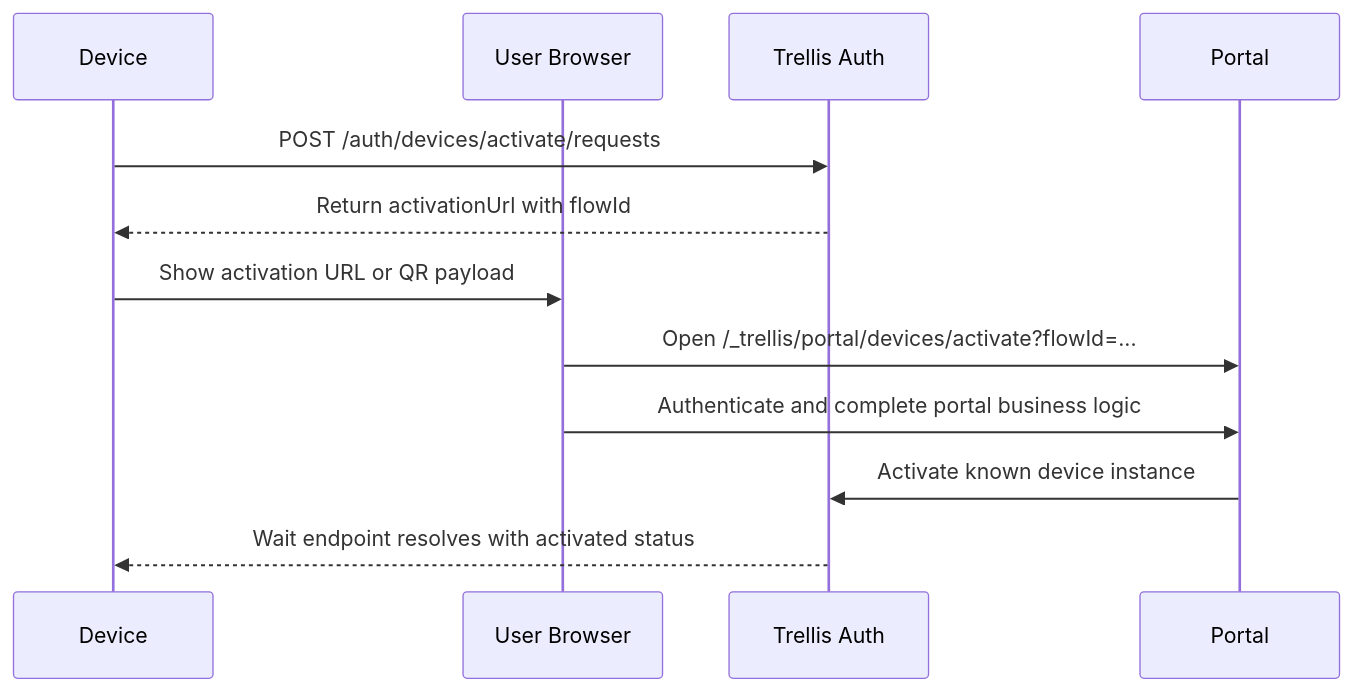
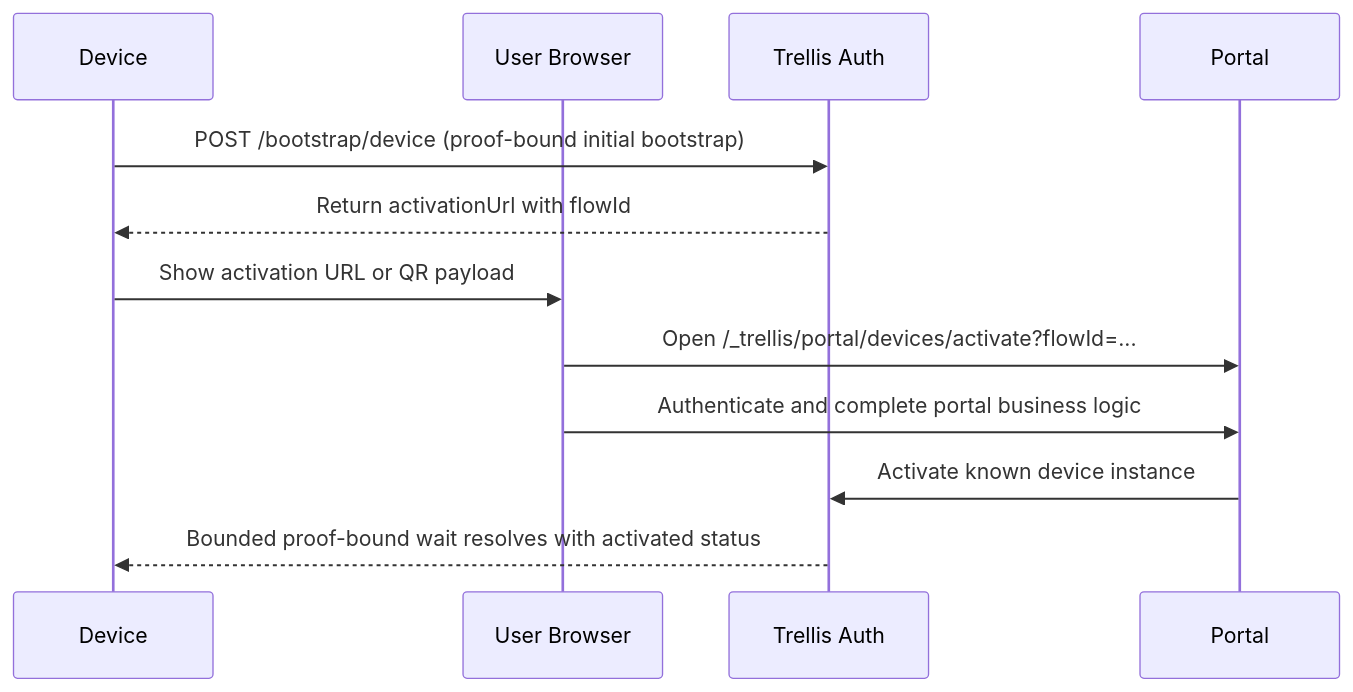
One commit to abalmos/trellis changed the diagram in design/auth/device-activation.md. Above: the diagram before and after it, drawn with Mermaid. The commit also changed other lines of this file and 418 other files, not shown here.

````diff
--- a/design/auth/device-activation.md
+++ b/design/auth/device-activation.md
@@ -187,15 +187,15 @@
 ```mermaid
 sequenceDiagram
     participant W as Device
     participant U as User Browser
     participant T as Trellis Auth
     participant P as Portal
 
-    W->>T: POST /auth/devices/activate/requests
+    W->>T: POST /bootstrap/device (proof-bound initial bootstrap)
     T-->>W: Return activationUrl with flowId
     W->>U: Show activation URL or QR payload
     U->>P: Open /_trellis/portal/devices/activate?flowId=...
     U->>P: Authenticate and complete portal business logic
     P->>T: Activate known device instance
-    T-->>W: Wait endpoint resolves with activated status
+    T-->>W: Bounded proof-bound wait resolves with activated status
 ```
````
